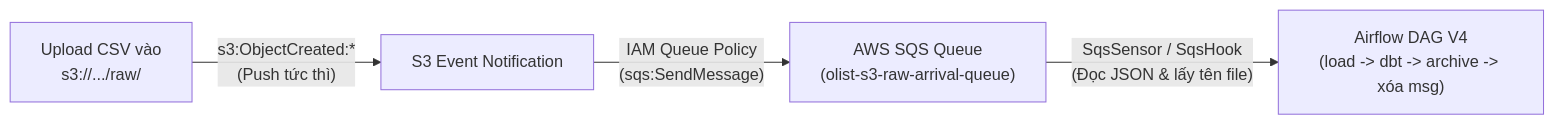
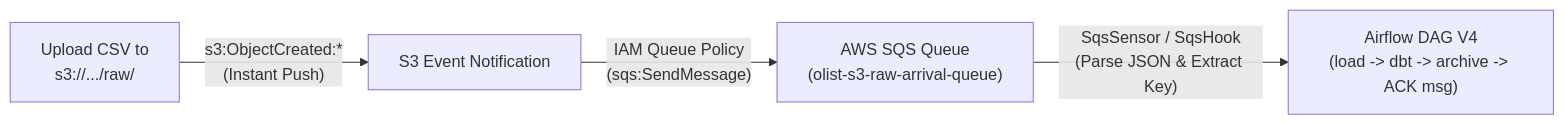
One commit to AOMINHTAM/aws-data-pipeline changed the second of 2 diagrams in docs/RETROSPECTIVE.md. Above: the diagram before and after it, drawn with Mermaid. The commit also changed other lines of this file and 2 other files, not shown here.

````diff
--- a/docs/RETROSPECTIVE.md
+++ b/docs/RETROSPECTIVE.md
@@ -111,6 +97,6 @@
 ```mermaid
 flowchart LR
-    A["Upload CSV vào\ns3://.../raw/"] -->|"s3:ObjectCreated:*\n(Push tức thì)"| B["S3 Event Notification"]
+    A["Upload CSV to\ns3://.../raw/"] -->|"s3:ObjectCreated:*\n(Instant Push)"| B["S3 Event Notification"]
     B -->|"IAM Queue Policy\n(sqs:SendMessage)"| C["AWS SQS Queue\n(olist-s3-raw-arrival-queue)"]
-    C -->|"SqsSensor / SqsHook\n(Đọc JSON & lấy tên file)"| D["Airflow DAG V4\n(load -> dbt -> archive -> xóa msg)"]
+    C -->|"SqsSensor / SqsHook\n(Parse JSON & Extract Key)"| D["Airflow DAG V4\n(load -> dbt -> archive -> ACK msg)"]
 ```
````
